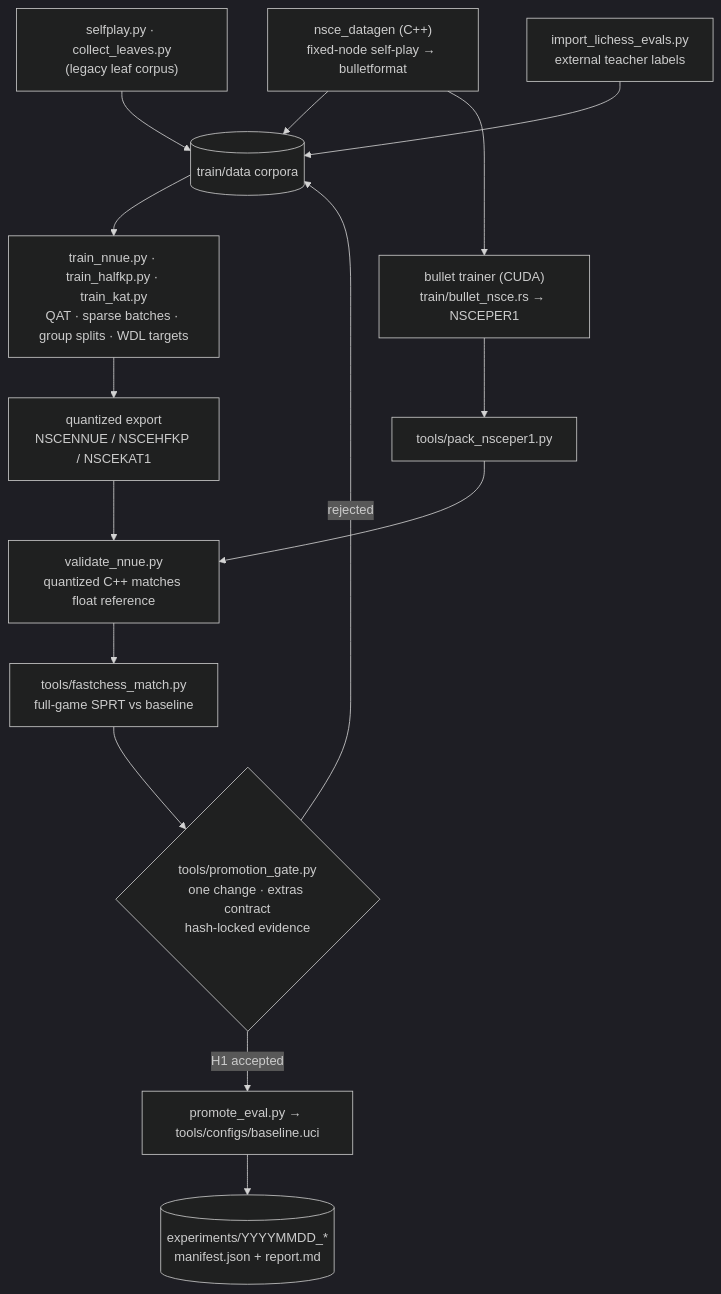
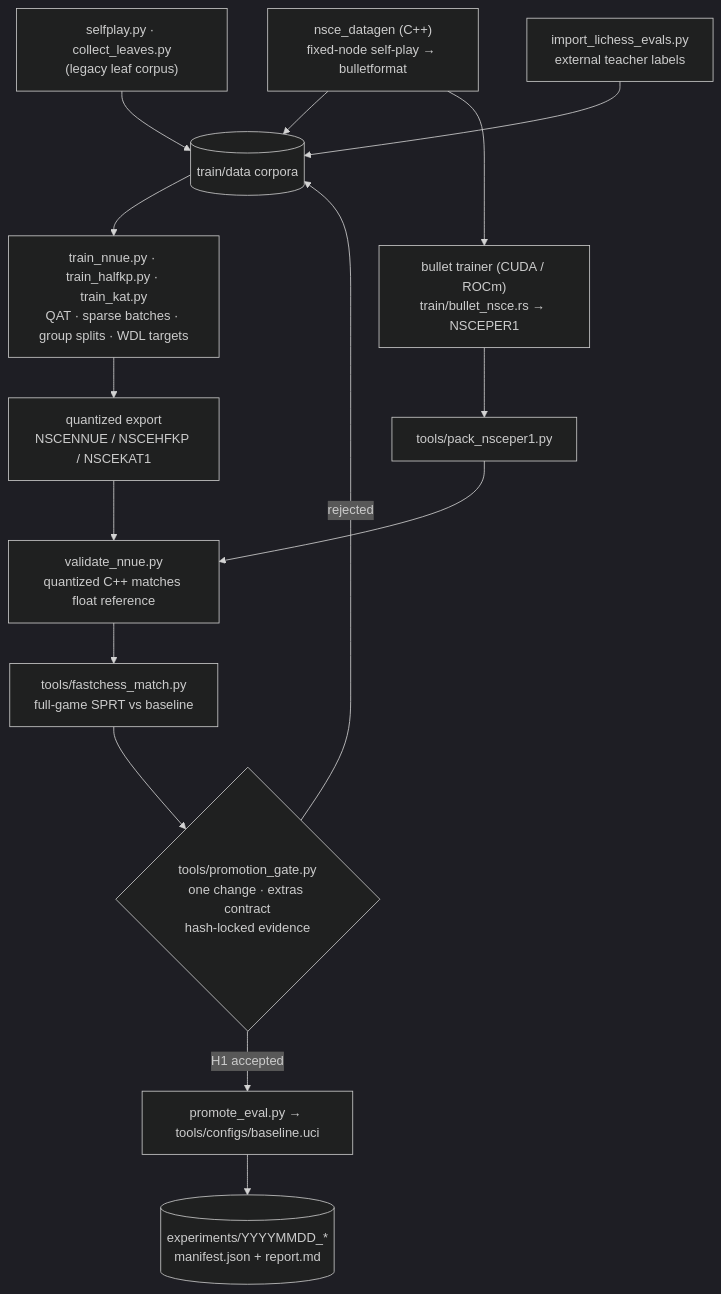
The second of 2 diagrams in README.md (gonzalocolina/Optiline), drawn with Mermaid (dark theme) before and after one commit. The commit also changed other lines of this file and 16 other files, not shown here.

````diff
--- a/README.md
+++ b/README.md
@@ -111,17 +111,17 @@
 ```mermaid
 flowchart TD
     DATAGEN["nsce_datagen (C++)<br/>fixed-node self-play → bulletformat"] --> DATA[("train/data corpora")]
     LEGACY["selfplay.py · collect_leaves.py<br/>(legacy leaf corpus)"] --> DATA
     EXT["import_lichess_evals.py<br/>external teacher labels"] --> DATA
     DATA --> TRAIN["train_nnue.py · train_halfkp.py · train_kat.py<br/>QAT · sparse batches · group splits · WDL targets"]
-    DATAGEN --> BULLET["bullet trainer (CUDA)<br/>train/bullet_nsce.rs → NSCEPER1"]
+    DATAGEN --> BULLET["bullet trainer (CUDA / ROCm)<br/>train/bullet_nsce.rs → NSCEPER1"]
     TRAIN --> EXPORT["quantized export<br/>NSCENNUE / NSCEHFKP / NSCEKAT1"]
     BULLET --> PACK["tools/pack_nsceper1.py"]
     EXPORT --> VALIDATE["validate_nnue.py<br/>quantized C++ matches float reference"]
     PACK --> VALIDATE
     VALIDATE --> SPRT["tools/fastchess_match.py<br/>full-game SPRT vs baseline"]
     SPRT --> GATE{"tools/promotion_gate.py<br/>one change · extras contract<br/>hash-locked evidence"}
     GATE -->|"H1 accepted"| PROMOTE["promote_eval.py → tools/configs/baseline.uci"]
     GATE -->|"rejected"| DATA
     PROMOTE --> EVIDENCE[("experiments/YYYYMMDD_*<br/>manifest.json + report.md")]
 ```
````
